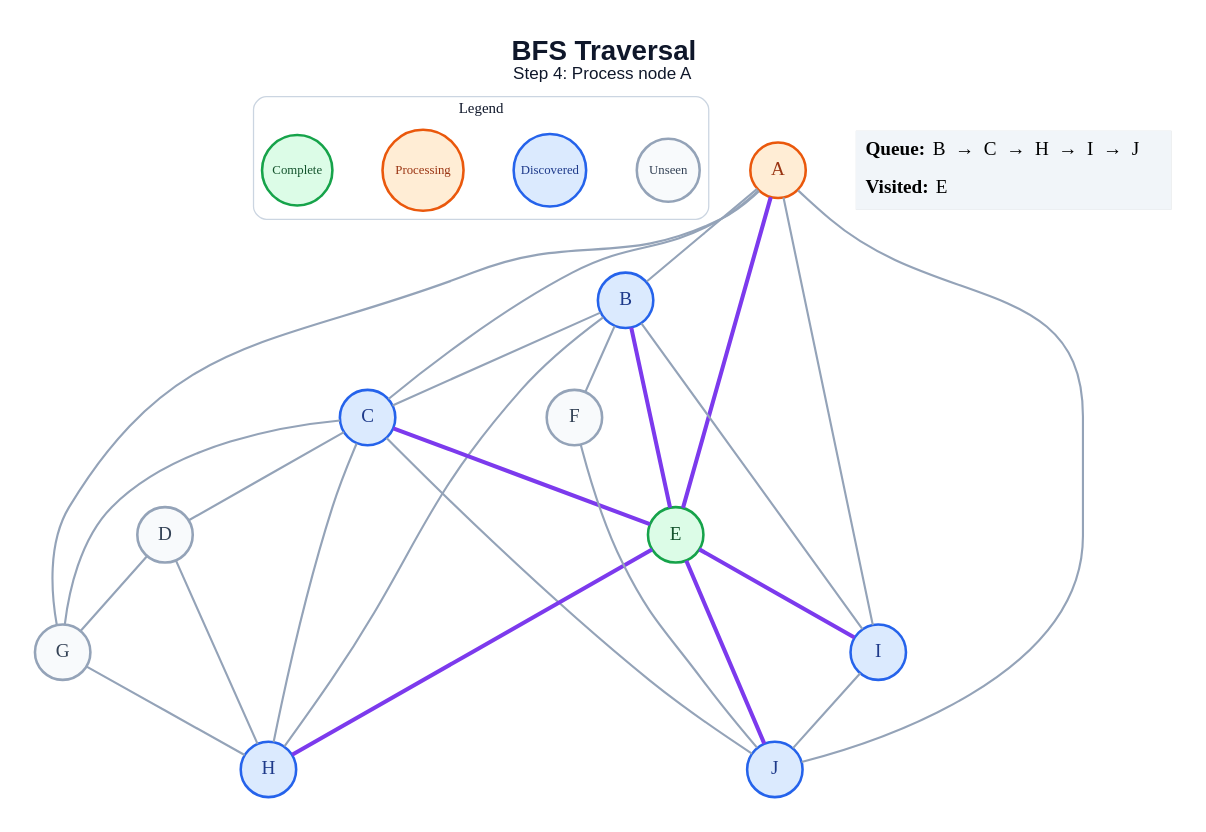
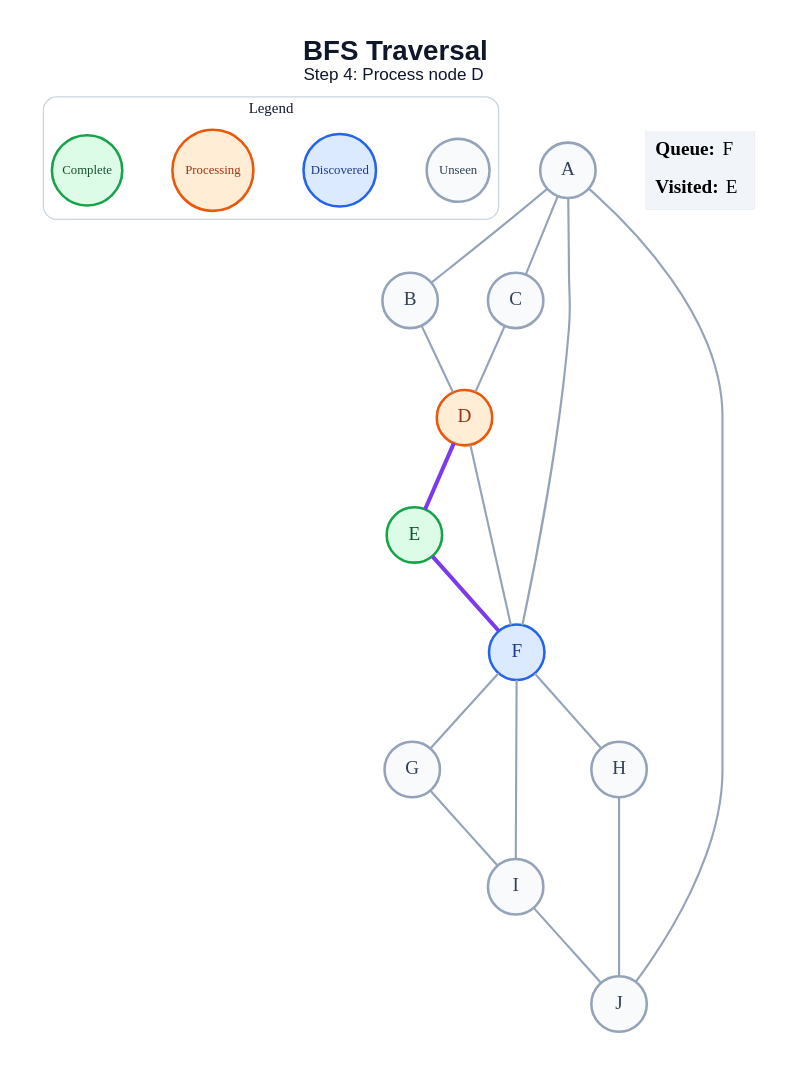
One commit to amanghodawala9/ai-slop changed the diagram in generated/specific-node/bfs/step_04.dot. Above: the diagram before and after it, drawn with Graphviz. The commit also changed 178 other files, not shown here.

```diff
--- a/generated/specific-node/bfs/step_04.dot
+++ b/generated/specific-node/bfs/step_04.dot
@@ -1,53 +1,44 @@
 graph traversal {
   graph [layout=dot, rankdir=TB, bgcolor="#FFFFFF", pad="0.35", nodesep="0.65", ranksep="0.8", fontname="Arial"];
   node [shape=circle, style="filled", fontname="Arial Bold", fontsize=18, width=0.72, fixedsize=true, penwidth=2.4];
   edge [color="#94A3B8", penwidth=2.0];
-  label=<<B>BFS Traversal</B><BR/><FONT POINT-SIZE="16">Step 4: Process node A</FONT>>; labelloc="t"; fontsize=26; fontname="Arial"; fontcolor="#0F172A";
+  label=<<B>BFS Traversal</B><BR/><FONT POINT-SIZE="16">Step 4: Process node D</FONT>>; labelloc="t"; fontsize=26; fontname="Arial"; fontcolor="#0F172A";
   subgraph cluster_legend { label="Legend"; color="#CBD5E1"; penwidth=1.2; style="rounded"; fontsize=14; fontname="Arial Bold";
     key_unseen [label="Unseen", fillcolor="#F8FAFC", color="#94A3B8", fontcolor="#334155", fontsize=12, width=0.82];
     key_frontier [label="Discovered", fillcolor="#DBEAFE", color="#2563EB", fontcolor="#1E3A8A", fontsize=12, width=0.95];
     key_current [label="Processing", fillcolor="#FFEDD5", color="#EA580C", fontcolor="#9A3412", fontsize=12, width=1.05];
     key_done [label="Complete", fillcolor="#DCFCE7", color="#16A34A", fontcolor="#14532D", fontsize=12, width=0.92];
     { rank=same; key_unseen; key_frontier; key_current; key_done; }
   }
-  A [fillcolor="#FFEDD5", color="#EA580C", fontcolor="#9A3412"];
-  B [fillcolor="#DBEAFE", color="#2563EB", fontcolor="#1E3A8A"];
-  C [fillcolor="#DBEAFE", color="#2563EB", fontcolor="#1E3A8A"];
-  D [fillcolor="#F8FAFC", color="#94A3B8", fontcolor="#334155"];
+  A [fillcolor="#F8FAFC", color="#94A3B8", fontcolor="#334155"];
+  B [fillcolor="#F8FAFC", color="#94A3B8", fontcolor="#334155"];
+  C [fillcolor="#F8FAFC", color="#94A3B8", fontcolor="#334155"];
+  D [fillcolor="#FFEDD5", color="#EA580C", fontcolor="#9A3412"];
   E [fillcolor="#DCFCE7", color="#16A34A", fontcolor="#14532D"];
-  F [fillcolor="#F8FAFC", color="#94A3B8", fontcolor="#334155"];
+  F [fillcolor="#DBEAFE", color="#2563EB", fontcolor="#1E3A8A"];
   G [fillcolor="#F8FAFC", color="#94A3B8", fontcolor="#334155"];
-  H [fillcolor="#DBEAFE", color="#2563EB", fontcolor="#1E3A8A"];
-  I [fillcolor="#DBEAFE", color="#2563EB", fontcolor="#1E3A8A"];
-  J [fillcolor="#DBEAFE", color="#2563EB", fontcolor="#1E3A8A"];
+  H [fillcolor="#F8FAFC", color="#94A3B8", fontcolor="#334155"];
+  I [fillcolor="#F8FAFC", color="#94A3B8", fontcolor="#334155"];
+  J [fillcolor="#F8FAFC", color="#94A3B8", fontcolor="#334155"];
   A -- B;
   A -- C;
-  A -- E [color="#7C3AED", penwidth=3.8];
-  A -- G;
-  A -- I;
+  A -- F;
   A -- J;
-  B -- C;
-  B -- E [color="#7C3AED", penwidth=3.8];
-  B -- F;
-  B -- H;
-  B -- I;
+  B -- D;
   C -- D;
-  C -- E [color="#7C3AED", penwidth=3.8];
-  C -- G;
-  C -- H;
-  C -- J;
-  D -- G;
-  D -- H;
-  E -- H [color="#7C3AED", penwidth=3.8];
-  E -- I [color="#7C3AED", penwidth=3.8];
-  E -- J [color="#7C3AED", penwidth=3.8];
-  F -- J;
-  G -- H;
+  D -- E [color="#7C3AED", penwidth=3.8];
+  D -- F;
+  E -- F [color="#7C3AED", penwidth=3.8];
+  F -- G;
+  F -- H;
+  F -- I;
+  G -- I;
+  H -- J;
   I -- J;
   status [shape=plain, fixedsize=false, width=0, height=0, margin=0, label=<
     <TABLE BORDER="0" CELLBORDER="0" CELLPADDING="7" BGCOLOR="#F1F5F9">
-      <TR><TD ALIGN="LEFT"><B>Queue:</B> B  →  C  →  H  →  I  →  J</TD></TR>
+      <TR><TD ALIGN="LEFT"><B>Queue:</B> F</TD></TR>
       <TR><TD ALIGN="LEFT"><B>Visited:</B> E</TD></TR>
     </TABLE>
   >];
 }
```
